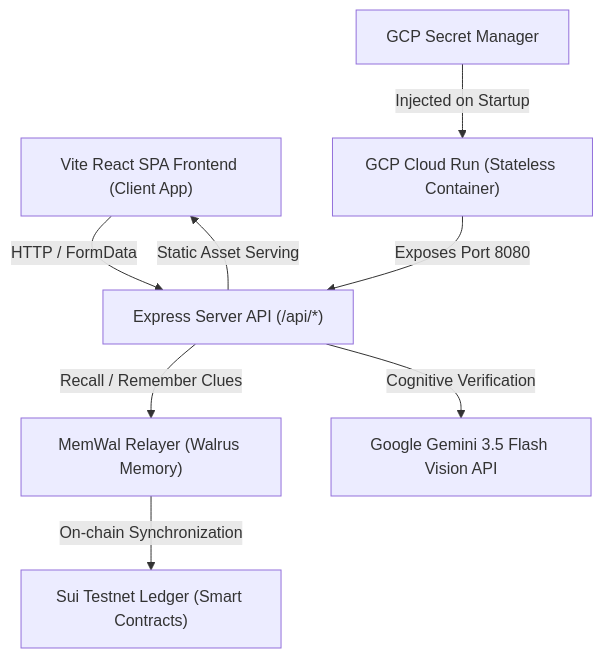
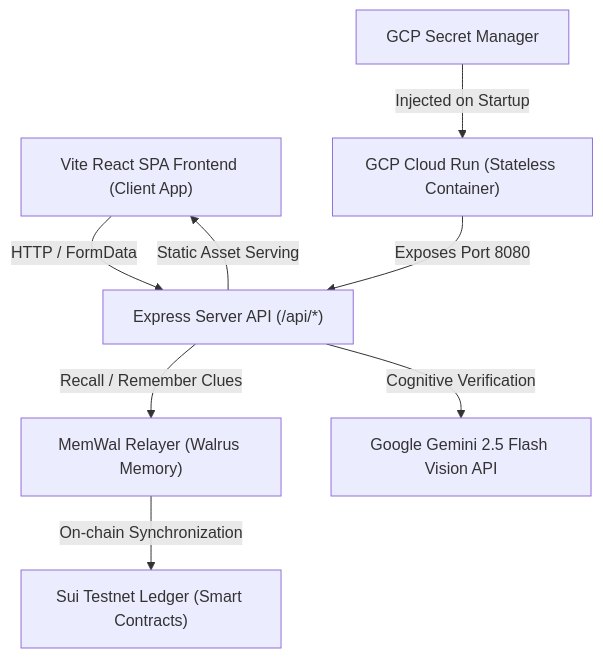
One commit to CisThard/content_passport changed the diagram in docs/architecture-and-deployment.md. Above: the diagram before and after it, drawn with Mermaid. The commit also changed other lines of this file, not shown here.

Commit message:
docs: document model selection rationale and update architecture diagram reference to Gemini 2.5 Flash

````diff
--- a/docs/architecture-and-deployment.md
+++ b/docs/architecture-and-deployment.md
@@ -11,18 +11,18 @@
 ```mermaid
 graph TD
     Client["Vite React SPA Frontend (Client App)"]
     Express["Express Server API (/api/*)"]
     GCPRun["GCP Cloud Run (Stateless Container)"]
     GCPSecret["GCP Secret Manager"]
     MemWalRelayer["MemWal Relayer (Walrus Memory)"]
     SuiTestnet["Sui Testnet Ledger (Smart Contracts)"]
-    Gemini["Google Gemini 3.5 Flash Vision API"]
+    Gemini["Google Gemini 2.5 Flash Vision API"]
 
     Client -->|HTTP / FormData| Express
     Express -->|Static Asset Serving| Client
     GCPRun -->|Exposes Port 8080| Express
     GCPSecret -->|Injected on Startup| GCPRun
     Express -->|Recall / Remember Clues| MemWalRelayer
     Express -->|Cognitive Verification| Gemini
     MemWalRelayer -->|On-chain Synchronization| SuiTestnet
 ```
````
